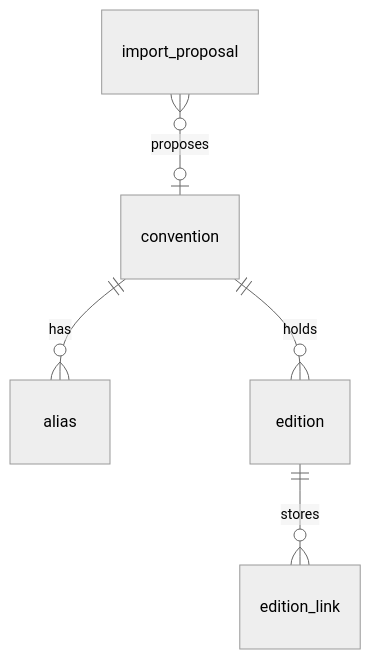
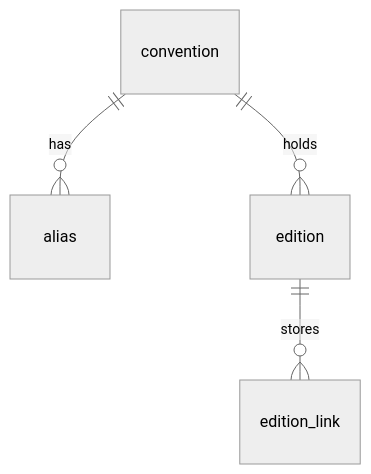
One commit to leav/expo_tracker changed the second of 3 diagrams in docs/DESIGN.md. Above: the diagram before and after it, drawn with Mermaid (neutral theme). The commit also changed other lines of this file and 35 other files, not shown here.

````diff
--- a/docs/DESIGN.md
+++ b/docs/DESIGN.md
@@ -73,7 +60,6 @@
 ```mermaid
 erDiagram
   convention ||--o{ alias : has
   convention ||--o{ edition : holds
   edition ||--o{ edition_link : stores
-  import_proposal }o--o| convention : proposes
 ```
````
